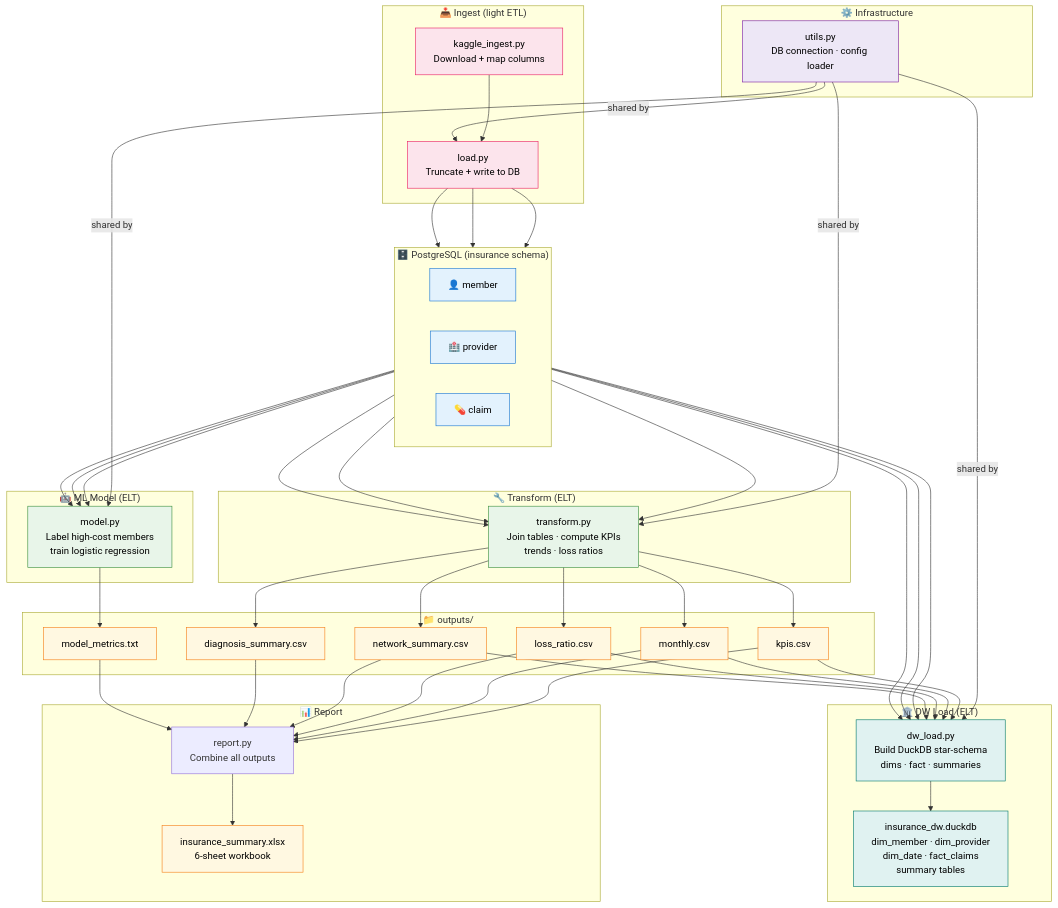
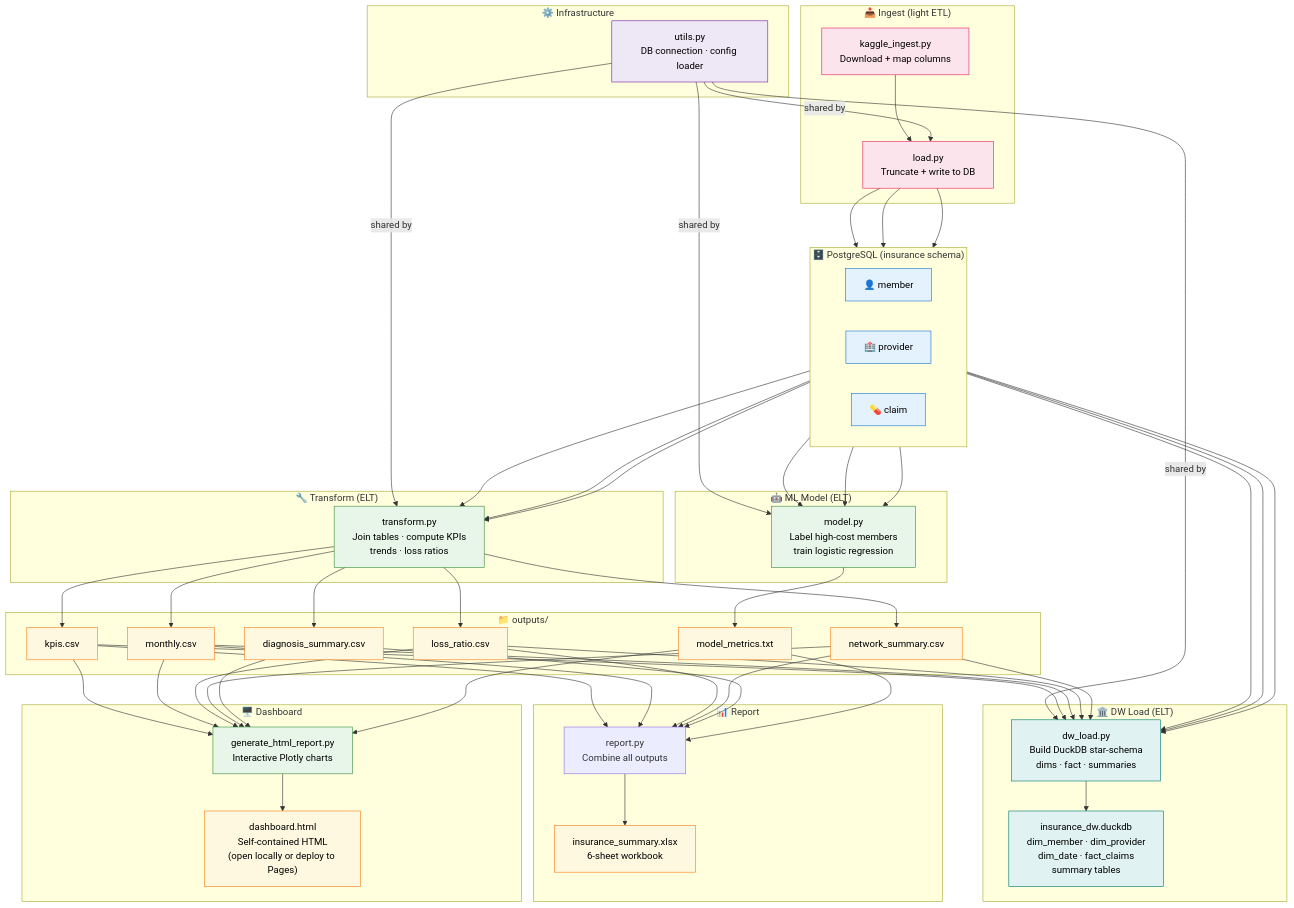
One commit to sahithisarvepalli/insurance-analytics-project changed the diagram in docs/flow_diagram.md. Above: the diagram before and after it, drawn with Mermaid. The commit also changed other lines of this file and 22 other files, not shown here.

````diff
--- a/docs/flow_diagram.md
+++ b/docs/flow_diagram.md
@@ -5,71 +5,79 @@
 ```mermaid
 flowchart TD
     classDef ingestion fill:#fce4ec,stroke:#e91e63,color:#000
     classDef storage   fill:#e3f2fd,stroke:#1976d2,color:#000
     classDef compute   fill:#e8f5e9,stroke:#388e3c,color:#000
     classDef output    fill:#fff8e1,stroke:#f57f17,color:#000
     classDef infra     fill:#ede7f6,stroke:#7b1fa2,color:#000
     classDef warehouse fill:#e0f2f1,stroke:#00796b,color:#000
 
     subgraph Ingest["📥 Ingest (light ETL)"]
         KI["kaggle_ingest.py\nDownload + map columns"]
         LD["load.py\nTruncate + write to DB"]
         KI --> LD
     end
 
     subgraph DB["🗄️ PostgreSQL (insurance schema)"]
         direction LR
         M["👤 member"]
         P["🏥 provider"]
         C["💊 claim"]
     end
 
     subgraph Transform["🔧 Transform (ELT)"]
         TR["transform.py\nJoin tables · compute KPIs\ntrends · loss ratios"]
     end
 
     subgraph Model["🤖 ML Model (ELT)"]
         MO["model.py\nLabel high-cost members\ntrain logistic regression"]
     end
 
     subgraph Outputs["📁 outputs/"]
         CSV1["kpis.csv"]
         CSV2["monthly.csv"]
         CSV3["loss_ratio.csv"]
         CSV4["network_summary.csv"]
         CSV5["diagnosis_summary.csv"]
         TXT["model_metrics.txt"]
     end
 
     subgraph DWLoad["🏛️ DW Load (ELT)"]
         DW["dw_load.py\nBuild DuckDB star-schema\ndims · fact · summaries"]
         DUCK["insurance_dw.duckdb\ndim_member · dim_provider\ndim_date · fact_claims\nsummary tables"]
         DW --> DUCK
     end
 
     subgraph Report["📊 Report"]
         RP["report.py\nCombine all outputs"]
         XL["insurance_summary.xlsx\n6-sheet workbook"]
         RP --> XL
     end
 
+    subgraph Dashboard["🖥️ Dashboard"]
+        GH["generate_html_report.py\nInteractive Plotly charts"]
+        HTML["dashboard.html\nSelf-contained HTML\n(open locally or deploy to Pages)"]
+        GH --> HTML
+    end
+
     subgraph Infra["⚙️ Infrastructure"]
         UT["utils.py\nDB connection · config loader"]
     end
 
     LD --> M & P & C
     UT -->|"shared by"| LD & TR & MO & DW
     M & P & C --> TR & MO
     TR --> CSV1 & CSV2 & CSV3 & CSV4 & CSV5
     MO --> TXT
     M & P & C --> DW
     CSV1 & CSV2 & CSV3 & CSV4 --> DW
     CSV1 & CSV2 & CSV3 & CSV4 & CSV5 & TXT --> RP
+    CSV1 & CSV2 & CSV3 & CSV4 & CSV5 & TXT --> GH
 
     class KI,LD ingestion
     class M,P,C storage
     class TR,MO compute
-    class CSV1,CSV2,CSV3,CSV4,CSV5,TXT,XL output
+    class CSV1,CSV2,CSV3,CSV4,CSV5,TXT,XL,HTML output
     class UT infra
     class DW,DUCK warehouse
+    class GH compute
 ```
````
